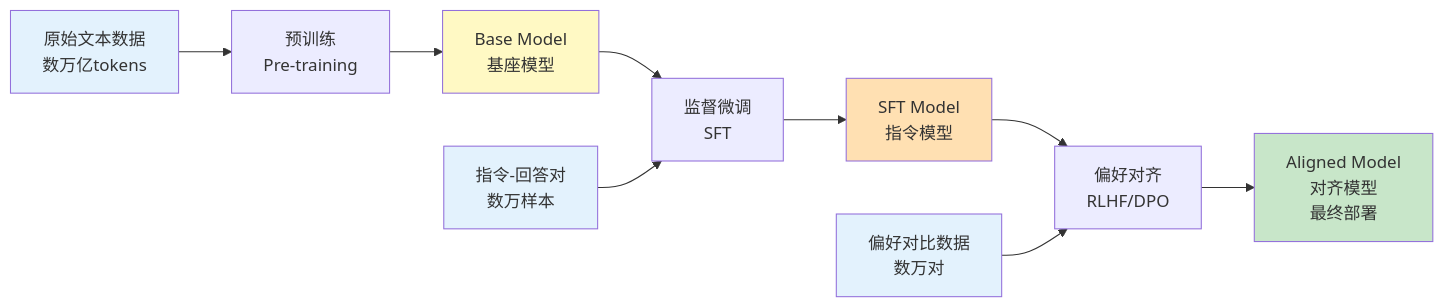
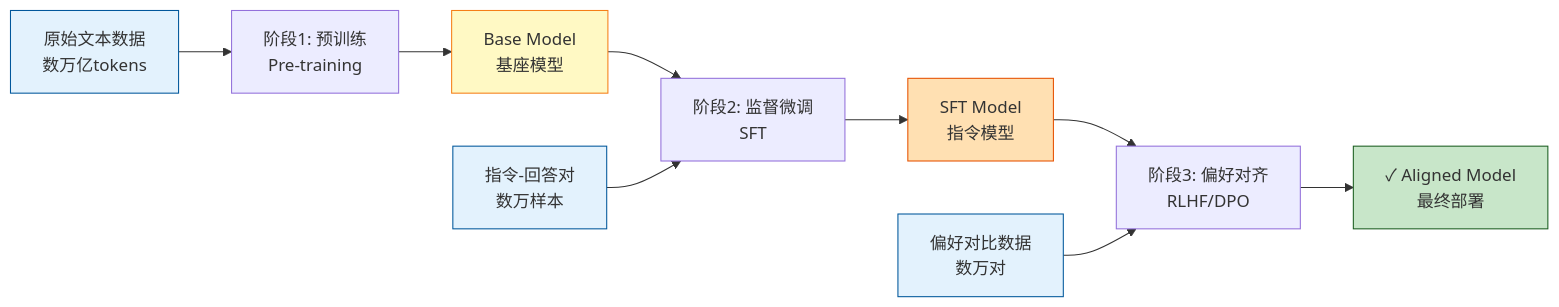
Before and after one commit to TingdeLiu/tingdeliu.github.io: the first of 12 diagrams in _posts/2026-02-06-LLM-Training-Survey.md, drawn with Mermaid. The commit also changed other lines of this file, not shown here.

````diff
--- a/_posts/2026-02-06-LLM-Training-Survey.md
+++ b/_posts/2026-02-06-LLM-Training-Survey.md
@@ -128,18 +128,18 @@
 ```mermaid
-graph LR
-    A[原始文本数据<br/>数万亿tokens] --> B[预训练<br/>Pre-training]
-    B --> C[Base Model<br/>基座模型]
-    C --> D[监督微调<br/>SFT]
-    E[指令-回答对<br/>数万样本] --> D
-    D --> F[SFT Model<br/>指令模型]
-    F --> G[偏好对齐<br/>RLHF/DPO]
-    H[偏好对比数据<br/>数万对] --> G
-    G --> I[Aligned Model<br/>对齐模型<br/>最终部署]
+flowchart LR
+    A["原始文本数据<br>数万亿tokens"] --> B["阶段1: 预训练<br>Pre-training"]
+    B --> C["Base Model<br>基座模型"]
+    C --> D["阶段2: 监督微调<br>SFT"]
+    E["指令-回答对<br>数万样本"] --> D
+    D --> F["SFT Model<br>指令模型"]
+    F --> G["阶段3: 偏好对齐<br>RLHF/DPO"]
+    H["偏好对比数据<br>数万对"] --> G
+    G --> I["✓ Aligned Model<br>最终部署"]
 
-    style A fill:#e3f2fd
-    style C fill:#fff9c4
-    style E fill:#e3f2fd
-    style F fill:#ffe0b2
-    style H fill:#e3f2fd
-    style I fill:#c8e6c9
+    style A fill:#e3f2fd,stroke:#01579b
+    style C fill:#fff9c4,stroke:#f57f17
+    style E fill:#e3f2fd,stroke:#01579b
+    style F fill:#ffe0b2,stroke:#e65100
+    style H fill:#e3f2fd,stroke:#01579b
+    style I fill:#c8e6c9,stroke:#1b5e20
 ```
````
